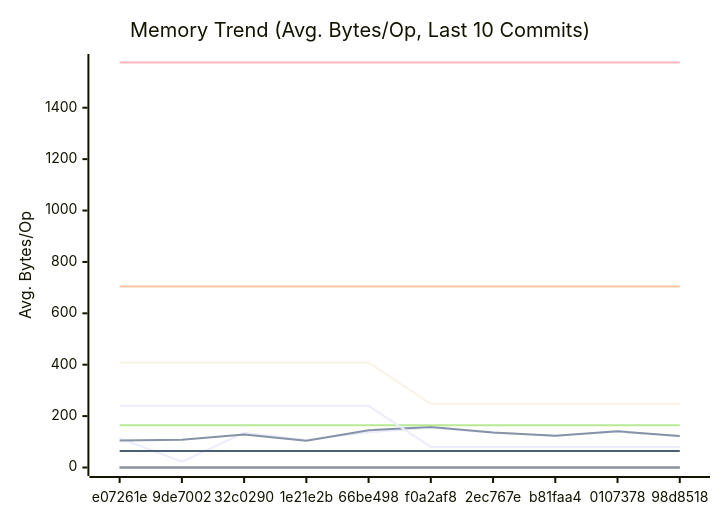
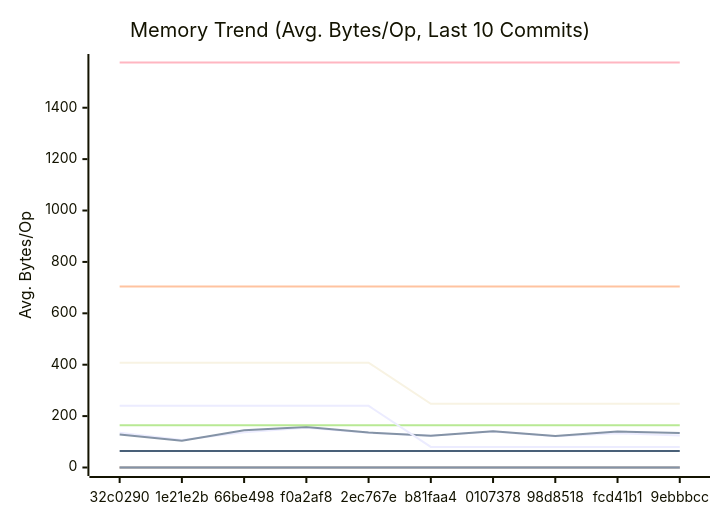
Before and after one commit to alsotoes/momo: the second of 3 diagrams in docs/PERFORMANCE.md, drawn with Mermaid. The commit also changed other lines of this file and 4 other files, not shown here.

````diff
--- a/docs/PERFORMANCE.md
+++ b/docs/PERFORMANCE.md
@@ -171,20 +171,20 @@
 ```mermaid
 xychart-beta
     title "Memory Trend (Avg. Bytes/Op, Last 10 Commits)"
     x-axis "Commit"
     y-axis "Avg. Bytes/Op"
-    x-axis [e07261e,9de7002,32c0290,1e21e2b,66be498,f0a2af8,2ec767e,b81faa4,0107378,98d8518]
-    line "AWSChunkedReaderSigned" [114,23,135,107,137,155,135,124,140,122]
-    line "AWSChunkedReaderUnsigned" [105,108,128,104,145,158,136,124,141,123]
+    x-axis [32c0290,1e21e2b,66be498,f0a2af8,2ec767e,b81faa4,0107378,98d8518,fcd41b1,9ebbbcc]
+    line "AWSChunkedReaderSigned" [135,107,137,155,135,124,140,122,133,125]
+    line "AWSChunkedReaderUnsigned" [128,104,145,158,136,124,141,123,140,134]
     line "CheckMetricsAndSwap" [0,0,0,0,0,0,0,0,0,0]
     line "CrushOptimized" [0,0,0,0,0,0,0,0,0,0]
     line "CrushOriginal" [164,164,164,164,164,164,164,164,164,164]
     line "IndexDirectTracking" [0,0,0,0,0,0,0,0,0,0]
     line "IndexSearch" [0,0,0,0,0,0,0,0,0,0]
     line "LoadGlobalConfig" [1576,1576,1576,1576,1576,1576,1576,1576,1576,1576]
     line "PadString" [64,64,64,64,64,64,64,64,64,64]
     line "ParseReplicationOrder_NoPrealloc" [408,408,408,408,408,248,248,248,248,248]
     line "ParseReplicationOrder_Prealloc" [240,240,240,240,240,80,80,80,80,80]
     line "SanitizeLog/Safe" [0,0,0,0,0,0,0,0,0,0]
     line "SanitizeLog/Unsafe" [704,704,704,704,704,704,704,704,704,704]
 ```
````
